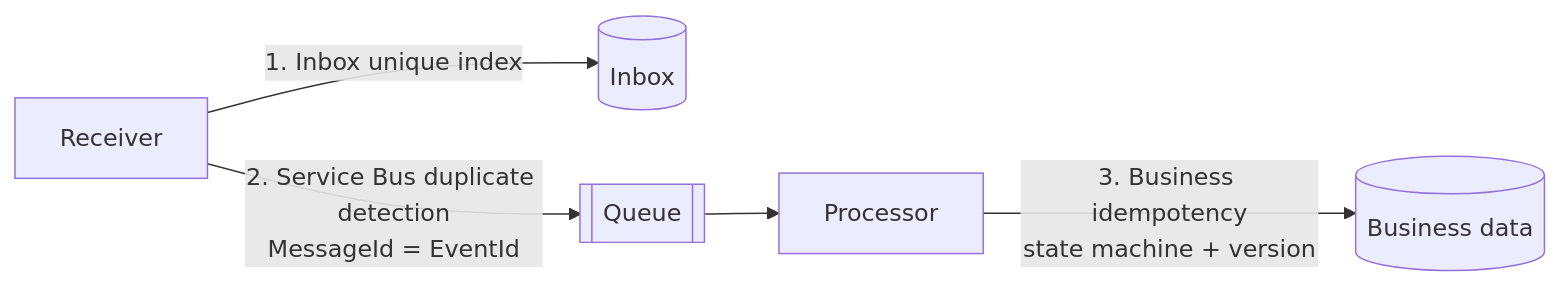
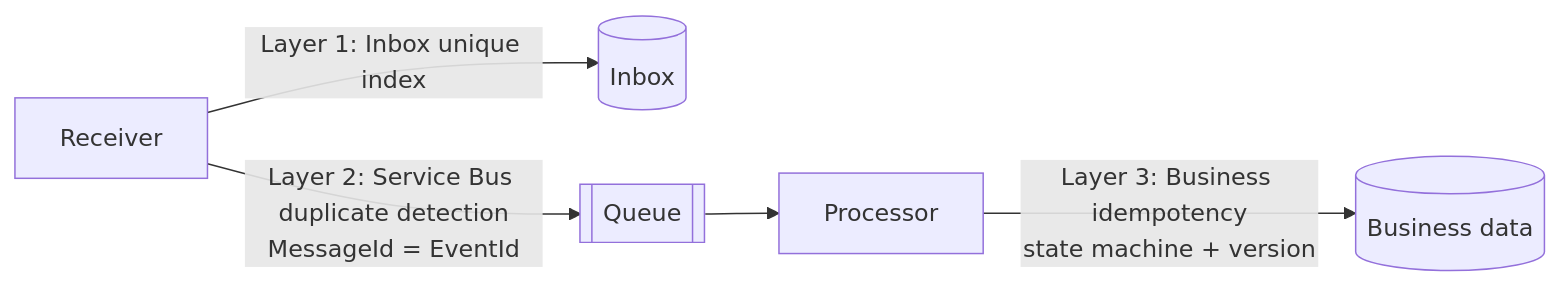
One commit to copaliwal/software-architecture-learning changed the sixth of 13 diagrams in 12-webhooks-and-event-based-integration/webhooks-and-event-based-integration.md. Above: the diagram before and after it, drawn with Mermaid. The commit also changed 2 other files, not shown here.

Commit message:
Clarify flowchart steps in webhook and messaging patterns documentation for improved readability

````diff
--- a/12-webhooks-and-event-based-integration/webhooks-and-event-based-integration.md
+++ b/12-webhooks-and-event-based-integration/webhooks-and-event-based-integration.md
@@ -1252,7 +1252,7 @@
 ```mermaid
 flowchart LR
-    R[Receiver] -->|"1. Inbox unique index"| IB[(Inbox)]
-    R -->|"2. Service Bus duplicate detection<br/>MessageId = EventId"| Q[[Queue]]
+    R[Receiver] -->|"Layer 1: Inbox unique index"| IB[(Inbox)]
+    R -->|"Layer 2: Service Bus duplicate detection<br/>MessageId = EventId"| Q[[Queue]]
     Q --> P[Processor]
-    P -->|"3. Business idempotency<br/>state machine + version"| DB[(Business data)]
+    P -->|"Layer 3: Business idempotency<br/>state machine + version"| DB[(Business data)]
 ```
````
